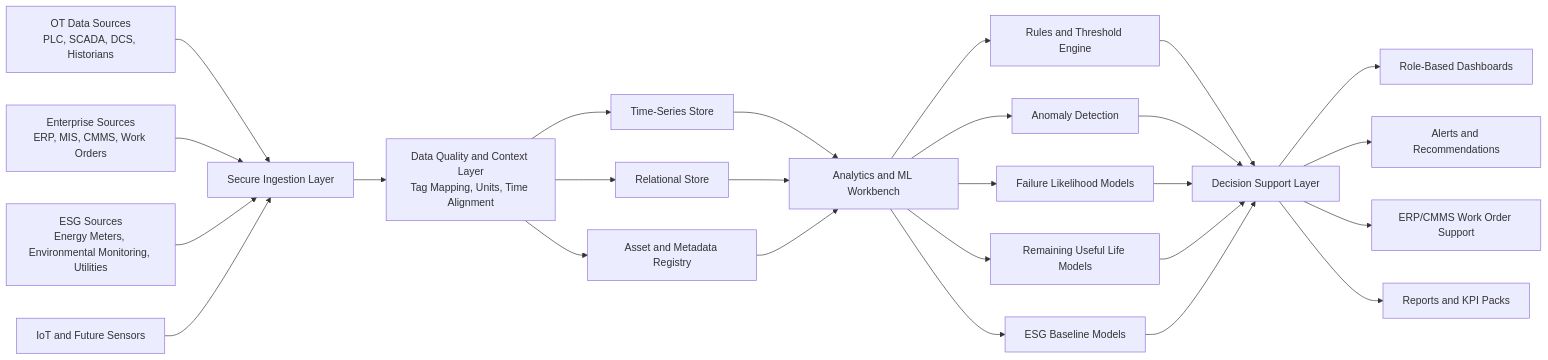
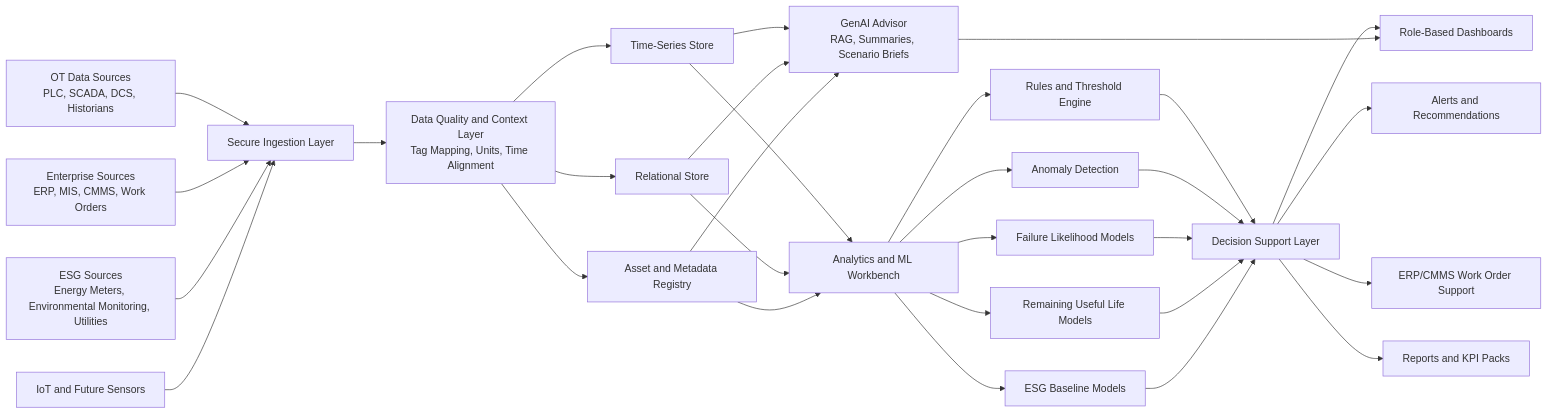
One commit to brytesika-AI/morupule-predictive-intelligence changed the diagram in ENTERPRISE_ARCHITECTURE.md. Above: the diagram before and after it, drawn with Mermaid. The commit also changed other lines of this file and 3 other files, not shown here.

Commit message:
Add GenAI scenario planning cockpit

````diff
--- a/ENTERPRISE_ARCHITECTURE.md
+++ b/ENTERPRISE_ARCHITECTURE.md
@@ -19,33 +20,37 @@
 ```mermaid
 flowchart LR
   A["OT Data Sources<br/>PLC, SCADA, DCS, Historians"] --> B["Secure Ingestion Layer"]
   C["Enterprise Sources<br/>ERP, MIS, CMMS, Work Orders"] --> B
   D["ESG Sources<br/>Energy Meters, Environmental Monitoring, Utilities"] --> B
   E["IoT and Future Sensors"] --> B
 
   B --> F["Data Quality and Context Layer<br/>Tag Mapping, Units, Time Alignment"]
   F --> G["Time-Series Store"]
   F --> H["Relational Store"]
   F --> I["Asset and Metadata Registry"]
 
   G --> J["Analytics and ML Workbench"]
   H --> J
   I --> J
 
   J --> K["Rules and Threshold Engine"]
   J --> L["Anomaly Detection"]
   J --> M["Failure Likelihood Models"]
   J --> N["Remaining Useful Life Models"]
   J --> O["ESG Baseline Models"]
 
   K --> P["Decision Support Layer"]
   L --> P
   M --> P
   N --> P
   O --> P
 
   P --> Q["Role-Based Dashboards"]
   P --> R["Alerts and Recommendations"]
   P --> S["ERP/CMMS Work Order Support"]
   P --> T["Reports and KPI Packs"]
+  U["GenAI Advisor<br/>RAG, Summaries, Scenario Briefs"] --> Q
+  G --> U
+  H --> U
+  I --> U
 ```
````
